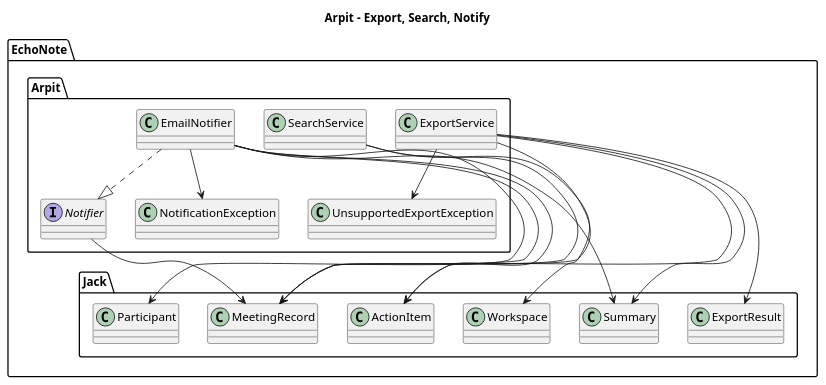
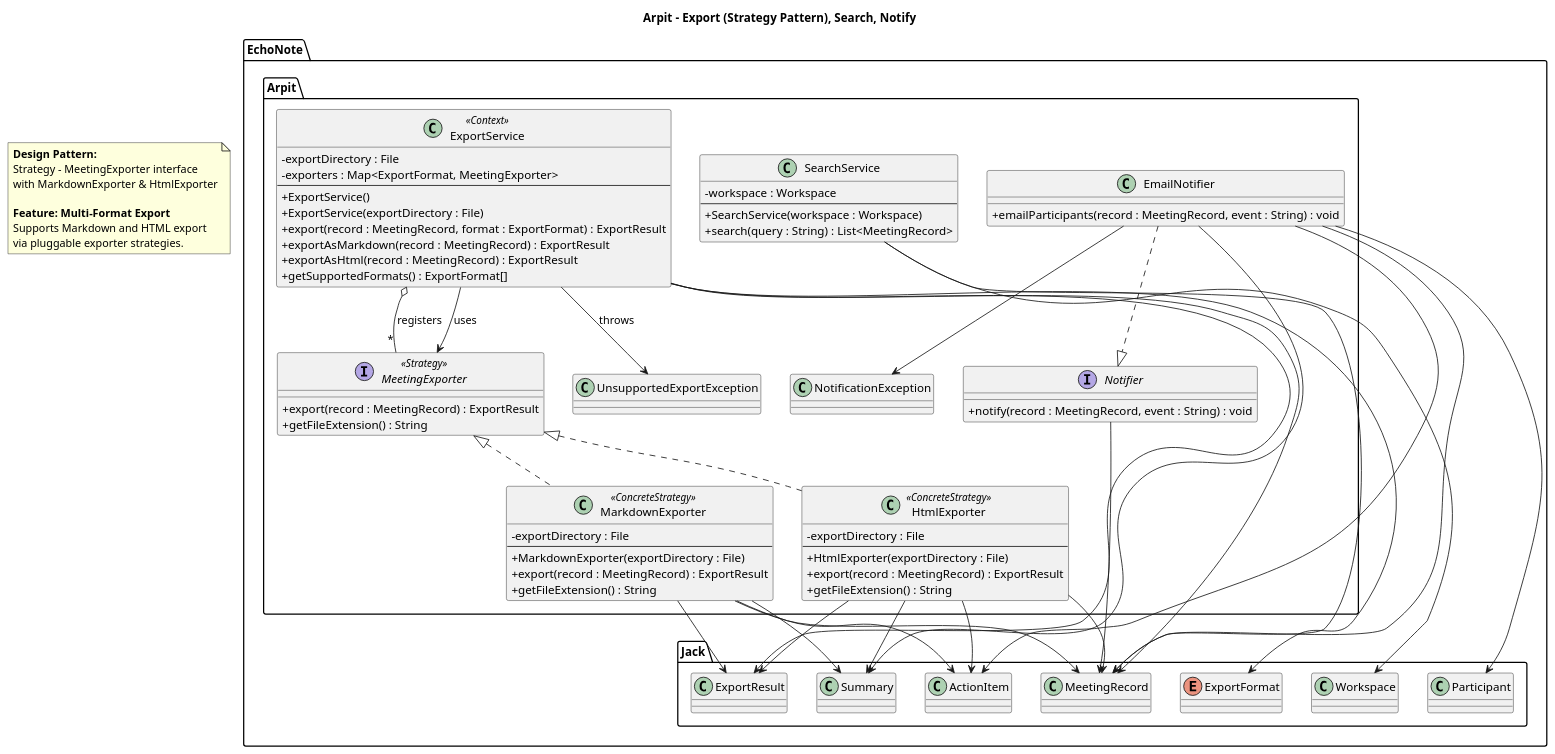
One commit to jrmorris29/CS-5800.01-Final-Startup-Submission changed the diagram in src/main/resources/uml/Arpit (Export, Search, Notify).puml. Above: the diagram before and after it, drawn with PlantUML. The commit also changed 3 other files, not shown here.

Commit message:
Updated UML diagrams to reflect all 3 features: Persistence, Multi-Format Export, Email Draft Flow

```diff
--- a/src/main/resources/uml/Arpit (Export, Search, Notify).puml
+++ b/src/main/resources/uml/Arpit (Export, Search, Notify).puml
@@ -1,40 +1,116 @@
 @startuml
-title Arpit - Export, Search, Notify
+title Arpit - Export (Strategy Pattern), Search, Notify
+
+skinparam classAttributeIconSize 0
+
+note as N1
+  **Design Pattern:**
+  Strategy - MeetingExporter interface
+  with MarkdownExporter & HtmlExporter
+
+  **Feature: Multi-Format Export**
+  Supports Markdown and HTML export
+  via pluggable exporter strategies.
+end note
 
 package "EchoNote.Jack" {
     class MeetingRecord
     class Workspace
     class Participant
     class Summary
     class ActionItem
     class ExportResult
+    enum ExportFormat
 }
 
 package "EchoNote.Arpit" {
-    class ExportService
-    class SearchService
-    interface Notifier
-    class EmailNotifier
+
+    ' Strategy Pattern for Export
+    interface MeetingExporter <<Strategy>> {
+        + export(record : MeetingRecord) : ExportResult
+        + getFileExtension() : String
+    }
+
+    class MarkdownExporter <<ConcreteStrategy>> {
+        - exportDirectory : File
+        --
+        + MarkdownExporter(exportDirectory : File)
+        + export(record : MeetingRecord) : ExportResult
+        + getFileExtension() : String
+    }
+
+    class HtmlExporter <<ConcreteStrategy>> {
+        - exportDirectory : File
+        --
+        + HtmlExporter(exportDirectory : File)
+        + export(record : MeetingRecord) : ExportResult
+        + getFileExtension() : String
+    }
+
+    class ExportService <<Context>> {
+        - exportDirectory : File
+        - exporters : Map<ExportFormat, MeetingExporter>
+        --
+        + ExportService()
+        + ExportService(exportDirectory : File)
+        + export(record : MeetingRecord, format : ExportFormat) : ExportResult
+        + exportAsMarkdown(record : MeetingRecord) : ExportResult
+        + exportAsHtml(record : MeetingRecord) : ExportResult
+        + getSupportedFormats() : ExportFormat[]
+    }
+
+    class SearchService {
+        - workspace : Workspace
+        --
+        + SearchService(workspace : Workspace)
+        + search(query : String) : List<MeetingRecord>
+    }
+
+    interface Notifier {
+        + notify(record : MeetingRecord, event : String) : void
+    }
+
+    class EmailNotifier {
+        + emailParticipants(record : MeetingRecord, event : String) : void
+    }
+
     class NotificationException
     class UnsupportedExportException
 }
 
+' Strategy Pattern relationships
+MeetingExporter <|.. MarkdownExporter
+MeetingExporter <|.. HtmlExporter
+ExportService --> MeetingExporter : uses
+ExportService o-- "*" MeetingExporter : registers
+
+' Export dependencies
+ExportService --> ExportFormat
+ExportService --> MeetingRecord
+ExportService --> ExportResult
+ExportService --> UnsupportedExportException : throws
+
+MarkdownExporter --> MeetingRecord
+MarkdownExporter --> ExportResult
+MarkdownExporter --> Summary
+MarkdownExporter --> ActionItem
+
+HtmlExporter --> MeetingRecord
+HtmlExporter --> ExportResult
+HtmlExporter --> Summary
+HtmlExporter --> ActionItem
+
+' Search dependencies
 SearchService --> Workspace
 SearchService --> MeetingRecord
 
-ExportService --> MeetingRecord
-ExportService --> ExportResult
-ExportService --> Summary
-ExportService --> ActionItem
-ExportService --> UnsupportedExportException
-
+' Notification dependencies
 Notifier --> MeetingRecord
-
 EmailNotifier ..|> Notifier
 EmailNotifier --> MeetingRecord
 EmailNotifier --> Participant
 EmailNotifier --> Summary
 EmailNotifier --> ActionItem
 EmailNotifier --> NotificationException
 
 @enduml
```
